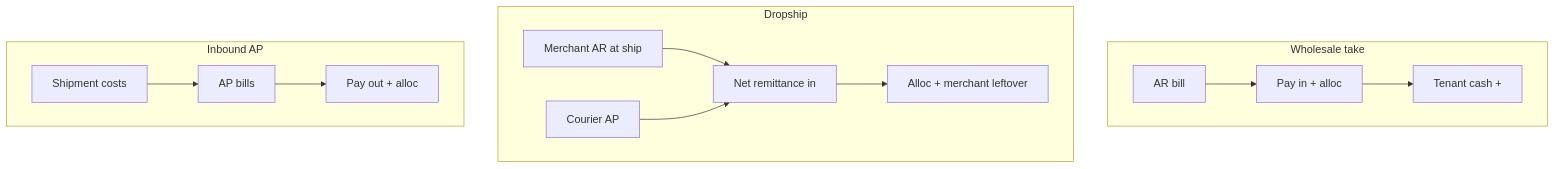
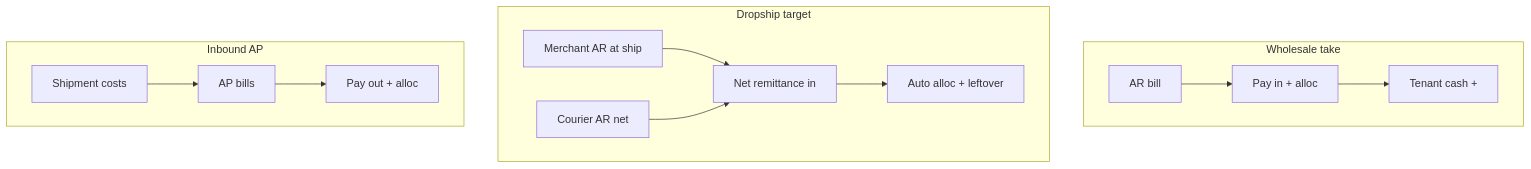
Diagram 14 of 14 in web/src/modules/docs/content/md/kernels.md (david-git-2/brandwala-wholesale-quasar-v2), drawn with Mermaid before and after one commit. The commit also changed other lines of this file and 20 other files, not shown here.

````diff
--- a/web/src/modules/docs/content/md/kernels.md
+++ b/web/src/modules/docs/content/md/kernels.md
@@ -587,26 +587,26 @@
 ```mermaid
 flowchart TB
   subgraph w["Wholesale take"]
     W1["AR bill"]
     W2["Pay in + alloc"]
     W3["Tenant cash +"]
     W1 --> W2 --> W3
   end
 
-  subgraph d["Dropship"]
+  subgraph d["Dropship target"]
     D1["Merchant AR at ship"]
-    D2["Courier AP"]
+    D2["Courier AR net"]
     D3["Net remittance in"]
-    D4["Alloc + merchant leftover"]
+    D4["Auto alloc + leftover"]
     D1 --> D3
     D2 --> D3
     D3 --> D4
   end
 
   subgraph a["Inbound AP"]
     A1["Shipment costs"]
     A2["AP bills"]
     A3["Pay out + alloc"]
     A1 --> A2 --> A3
   end
 ```
````
